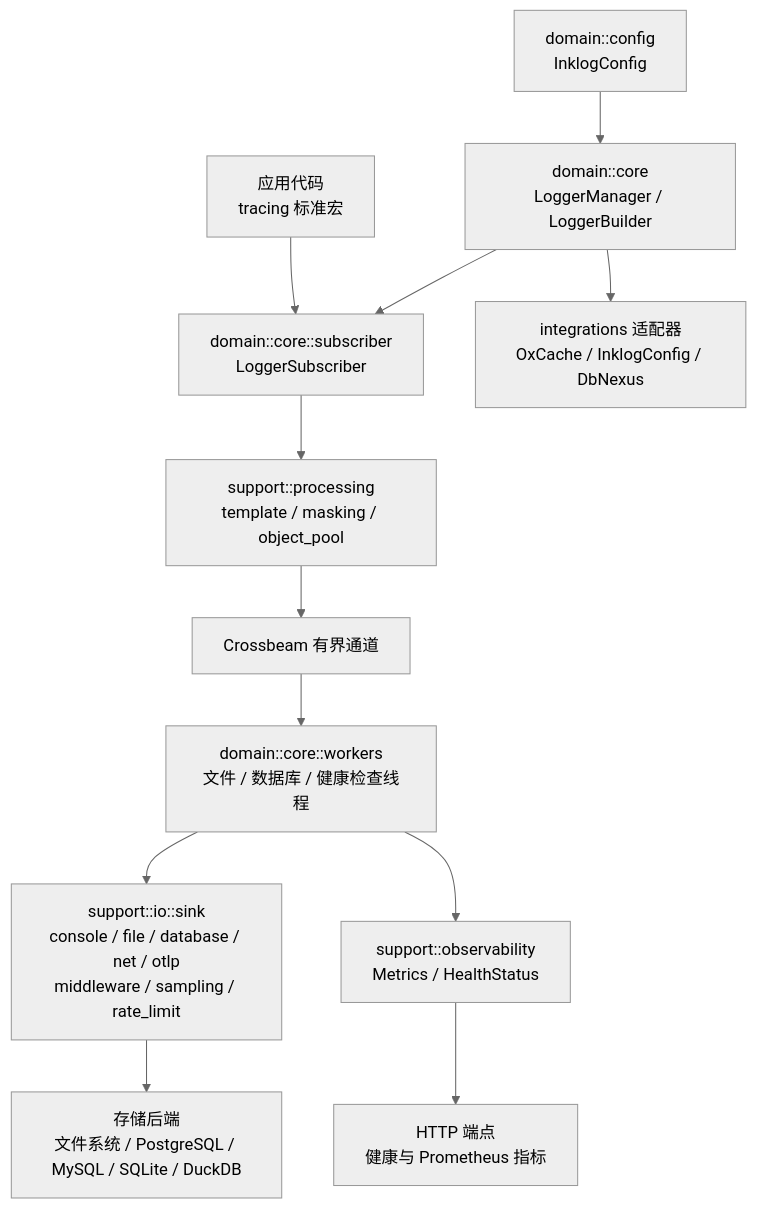
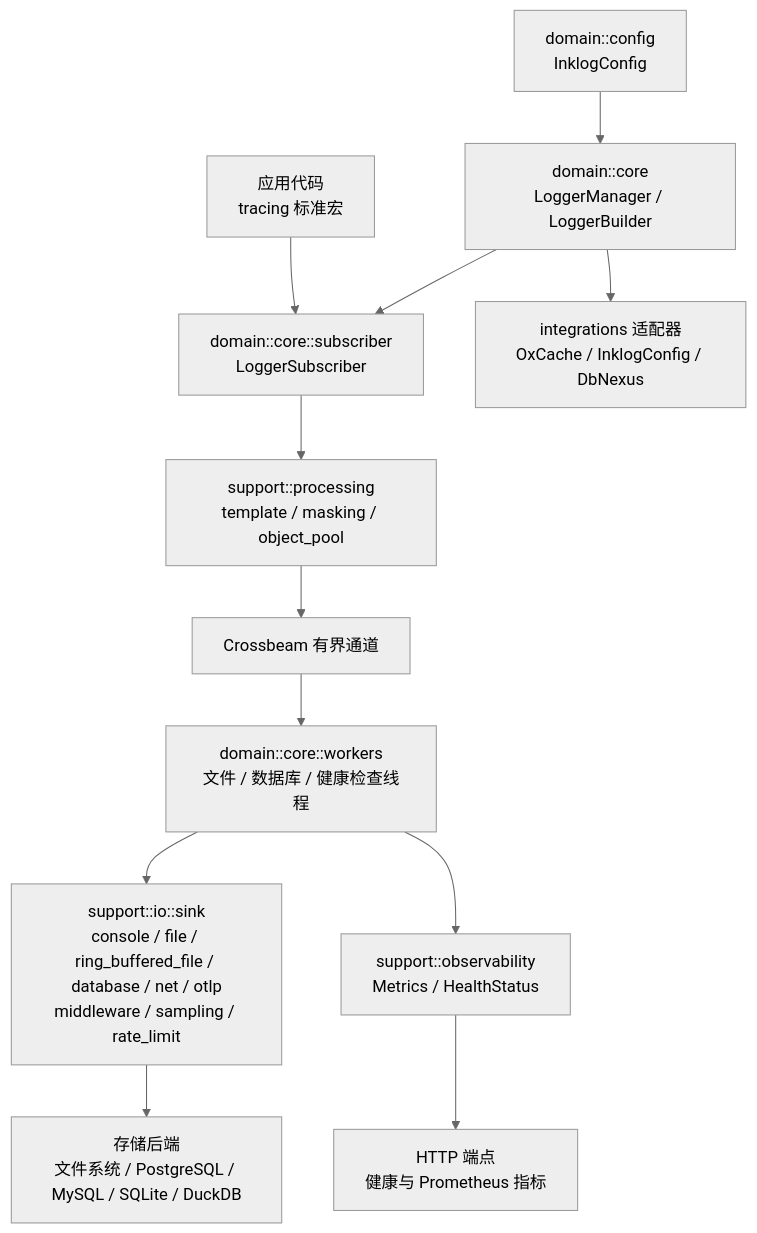
One commit to Kirky-X/inklog changed the first of 4 diagrams in docs/ARCHITECTURE.md. Above: the diagram before and after it, drawn with Mermaid (neutral theme). The commit also changed other lines of this file and 7 other files, not shown here.

````diff
--- a/docs/ARCHITECTURE.md
+++ b/docs/ARCHITECTURE.md
@@ -43,14 +43,14 @@
 ```mermaid
 flowchart TD
     APP["应用代码<br/>tracing 标准宏"] --> SUB["domain::core::subscriber<br/>LoggerSubscriber"]
     CFG["domain::config<br/>InklogConfig"] --> MGR["domain::core<br/>LoggerManager / LoggerBuilder"]
     MGR --> SUB
     MGR --> INT["integrations 适配器<br/>OxCache / InklogConfig / DbNexus"]
     SUB --> PROC["support::processing<br/>template / masking / object_pool"]
     PROC --> CH["Crossbeam 有界通道"]
     CH --> W["domain::core::workers<br/>文件 / 数据库 / 健康检查线程"]
-    W --> SINK["support::io::sink<br/>console / file / database / net / otlp<br/>middleware / sampling / rate_limit"]
+    W --> SINK["support::io::sink<br/>console / file / ring_buffered_file / database / net / otlp<br/>middleware / sampling / rate_limit"]
     SINK --> STORE["存储后端<br/>文件系统 / PostgreSQL / MySQL / SQLite / DuckDB"]
     W --> OBS["support::observability<br/>Metrics / HealthStatus"]
     OBS --> HTTP["HTTP 端点<br/>健康与 Prometheus 指标"]
 ```
````
